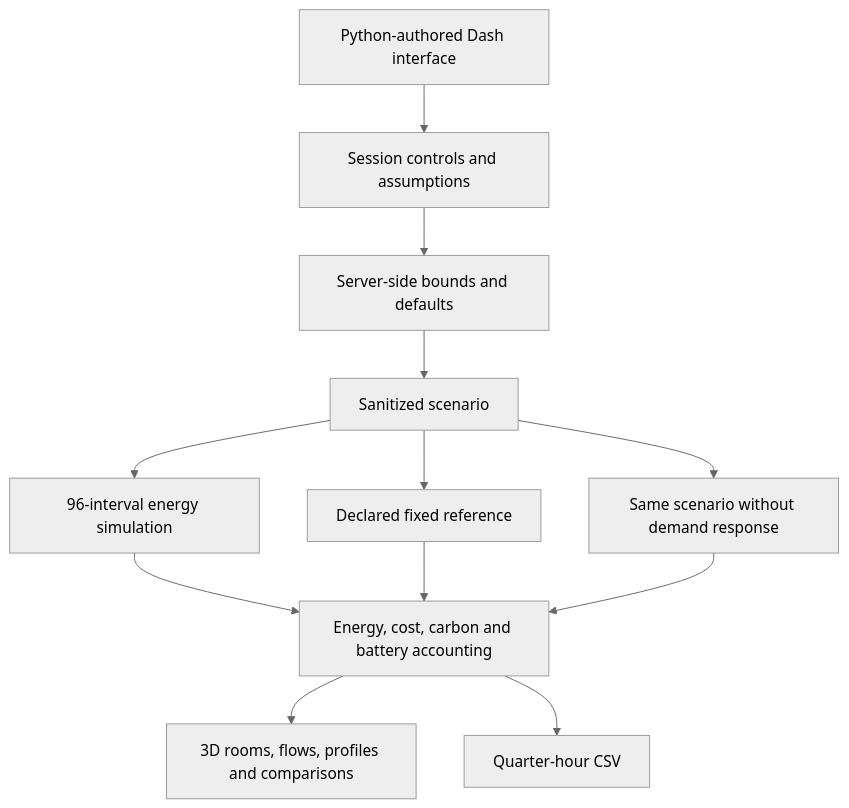
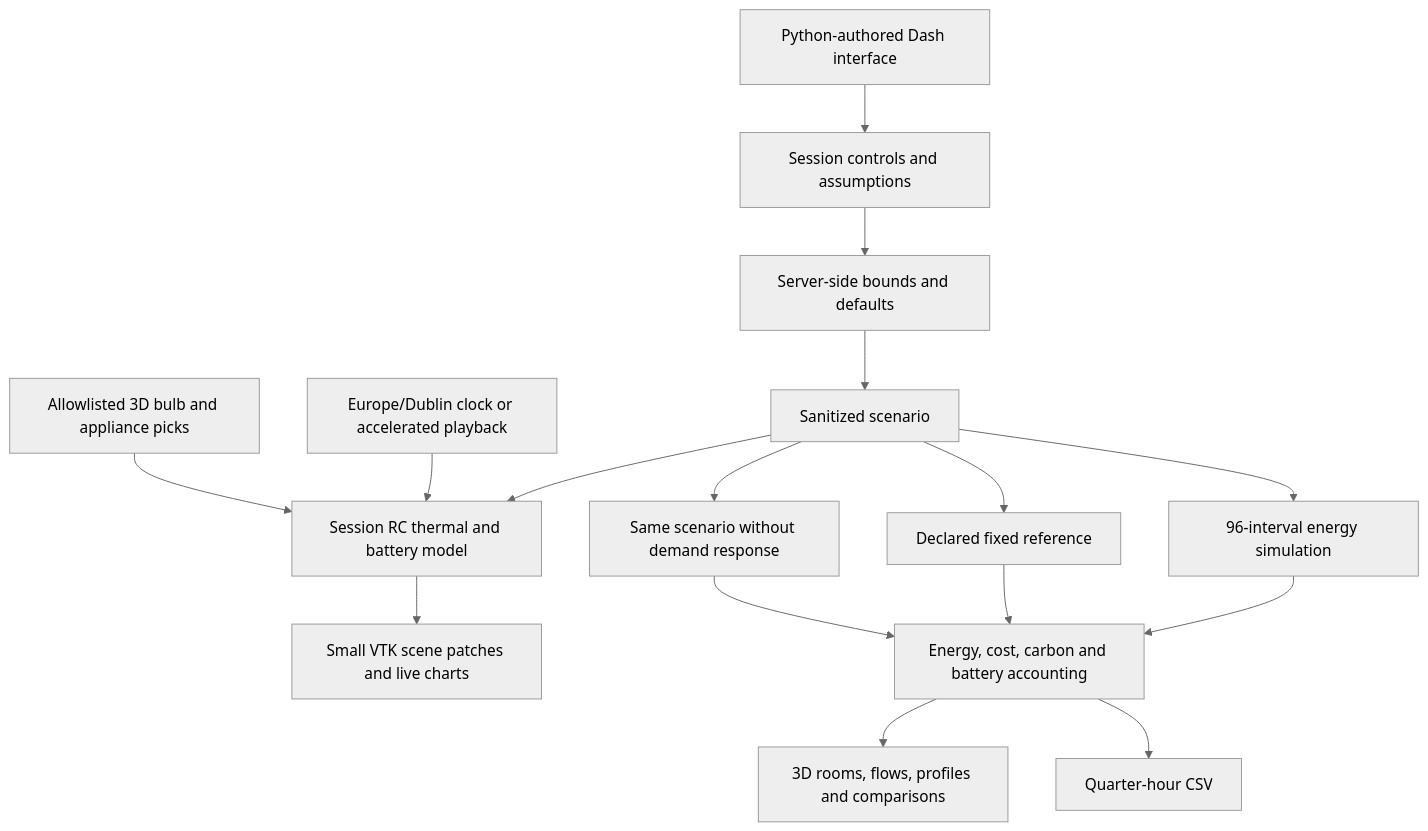
Before and after one commit to BehnamMohseniGharyehsafa/verdant-home-energy: the first of 2 diagrams in docs/ARCHITECTURE.md, drawn with Mermaid (neutral theme). The commit also changed other lines of this file and 23 other files, not shown here.

````diff
--- a/docs/ARCHITECTURE.md
+++ b/docs/ARCHITECTURE.md
@@ -5,14 +5,18 @@
 ```mermaid
 flowchart TD
     UI[Python-authored Dash interface] --> Controls[Session controls and assumptions]
     Controls --> Validate[Server-side bounds and defaults]
     Validate --> State[Sanitized scenario]
     State --> Model[96-interval energy simulation]
+    State --> Live[Session RC thermal and battery model]
+    Clock[Europe/Dublin clock or accelerated playback] --> Live
+    Picks[Allowlisted 3D bulb and appliance picks] --> Live
+    Live --> Scene[Small VTK scene patches and live charts]
     State --> Reference[Declared fixed reference]
     State --> Counterfactual[Same scenario without demand response]
     Model --> Accounting[Energy, cost, carbon and battery accounting]
     Reference --> Accounting
     Counterfactual --> Accounting
     Accounting --> Views[3D rooms, flows, profiles and comparisons]
     Accounting --> Export[Quarter-hour CSV]
 ```
````
